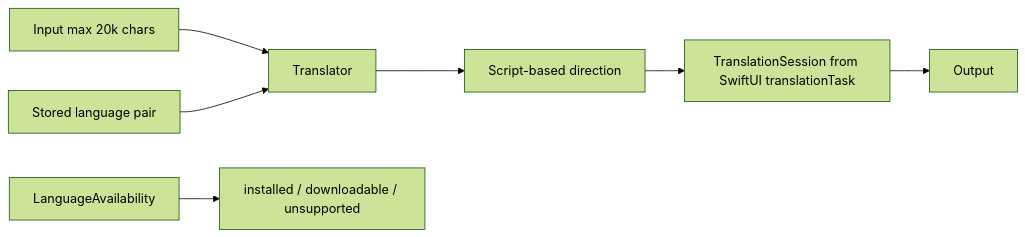
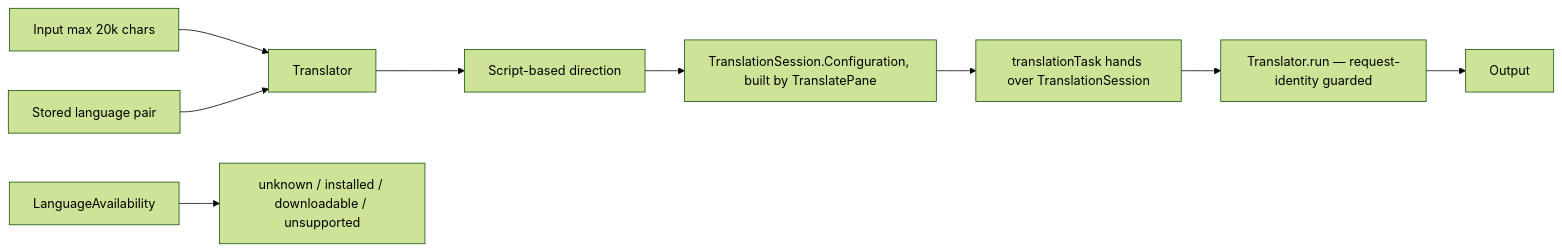
One commit to TumanovNV/impuls changed the diagram in knowledge-base/02-modules/translate.md. Above: the diagram before and after it, drawn with Mermaid (forest theme). The commit also changed other lines of this file and 14 other files, not shown here.

First line of the commit message:
1.4.16: Translator language-pack reliability (#100)

````diff
--- a/knowledge-base/02-modules/translate.md
+++ b/knowledge-base/02-modules/translate.md
@@ -19,9 +19,11 @@
 ```mermaid
 flowchart LR
     IN[Input max 20k chars] --> TR[Translator]
     PAIR[Stored language pair] --> TR
     TR --> ROUTE[Script-based direction]
-    ROUTE --> TS[TranslationSession from SwiftUI translationTask]
-    TS --> OUT[Output]
-    AV[LanguageAvailability] --> READY[installed / downloadable / unsupported]
+    ROUTE --> CFG[TranslationSession.Configuration, built by TranslatePane]
+    CFG --> TS[translationTask hands over TranslationSession]
+    TS --> RUN[Translator.run — request-identity guarded]
+    RUN --> OUT[Output]
+    AV[LanguageAvailability] --> READY[unknown / installed / downloadable / unsupported]
 ```
````
